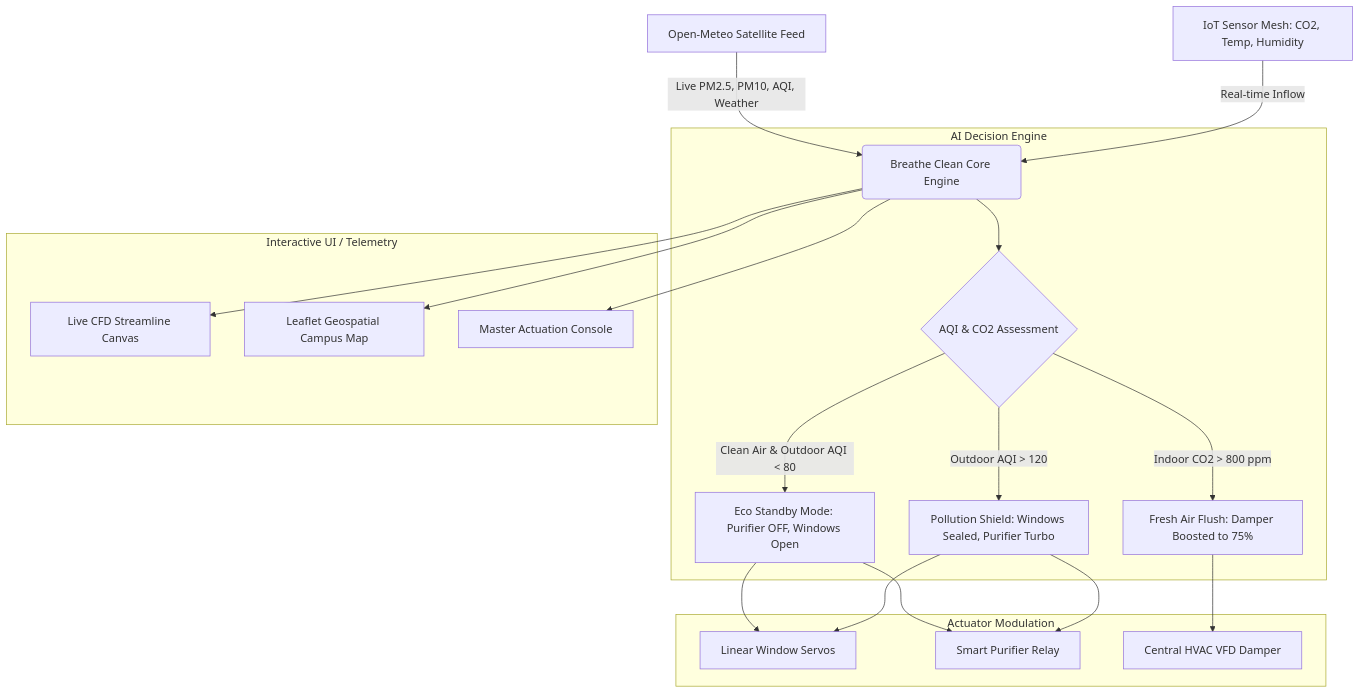
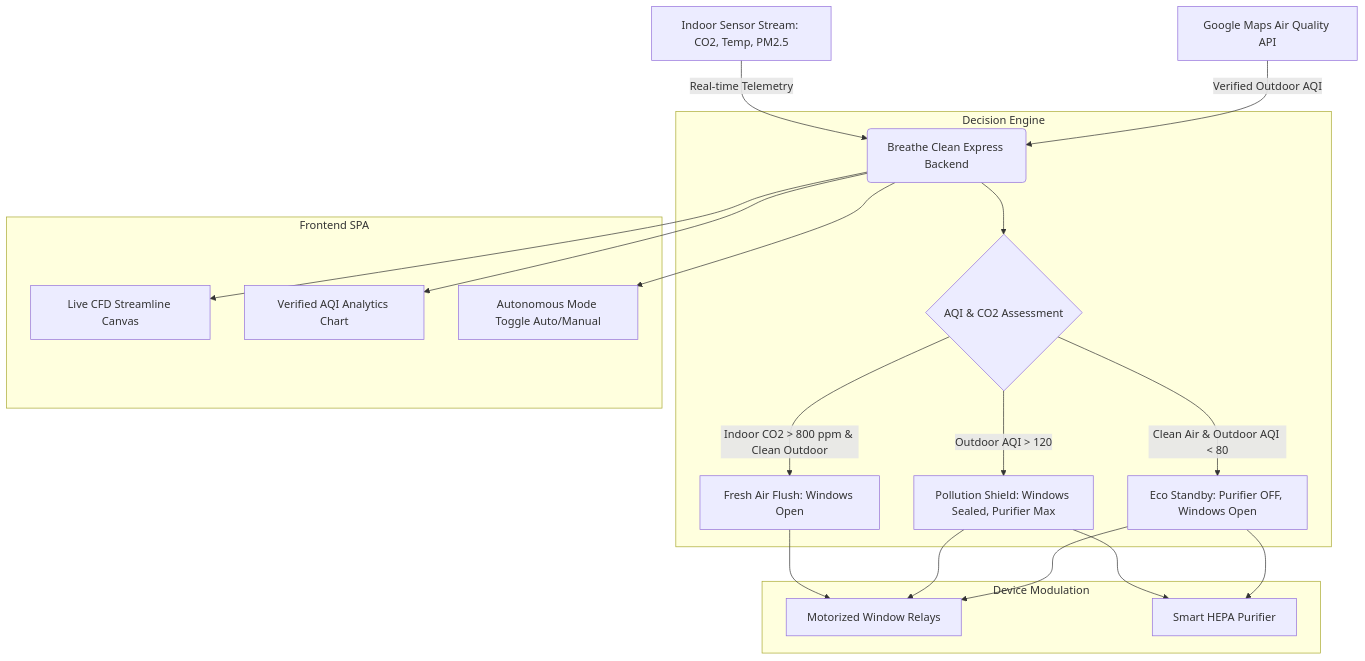
The diagram in README.md (DivamMalik/Breathe-Clean), drawn with Mermaid before and after one commit. The commit also changed other lines of this file and 19 other files, not shown here.

````diff
--- a/README.md
+++ b/README.md
@@ -76,26 +68,26 @@
 ```mermaid
 graph TD
-    A[Open-Meteo Satellite Feed] -->|Live PM2.5, PM10, AQI, Weather| B(Breathe Clean Core Engine)
-    C[IoT Sensor Mesh: CO2, Temp, Humidity] -->|Real-time Inflow| B
+    A[Google Maps Air Quality API] -->|Verified Outdoor AQI| B(Breathe Clean Express Backend)
+    C[Indoor Sensor Stream: CO2, Temp, PM2.5] -->|Real-time Telemetry| B
     
-    subgraph AI Decision Engine
+    subgraph Decision Engine
         B --> D{AQI & CO2 Assessment}
-        D -->|Clean Air & Outdoor AQI < 80| E[Eco Standby Mode: Purifier OFF, Windows Open]
-        D -->|Outdoor AQI > 120| F[Pollution Shield: Windows Sealed, Purifier Turbo]
-        D -->|Indoor CO2 > 800 ppm| G[Fresh Air Flush: Damper Boosted to 75%]
+        D -->|Clean Air & Outdoor AQI < 80| E[Eco Standby: Purifier OFF, Windows Open]
+        D -->|Outdoor AQI > 120| F[Pollution Shield: Windows Sealed, Purifier Max]
+        D -->|Indoor CO2 > 800 ppm & Clean Outdoor| G[Fresh Air Flush: Windows Open]
     end
     
-    subgraph Actuator Modulation
-        E --> H[Linear Window Servos]
-        E --> I[Smart Purifier Relay]
+    subgraph Device Modulation
+        E --> H[Motorized Window Relays]
+        E --> I[Smart HEPA Purifier]
         F --> H
         F --> I
-        G --> J[Central HVAC VFD Damper]
+        G --> H
     end
     
-    subgraph Interactive UI / Telemetry
+    subgraph Frontend SPA
         B --> K[Live CFD Streamline Canvas]
-        B --> L[Leaflet Geospatial Campus Map]
-        B --> M[Master Actuation Console]
+        B --> L[Verified AQI Analytics Chart]
+        B --> M[Autonomous Mode Toggle Auto/Manual]
     end
 ```
````
